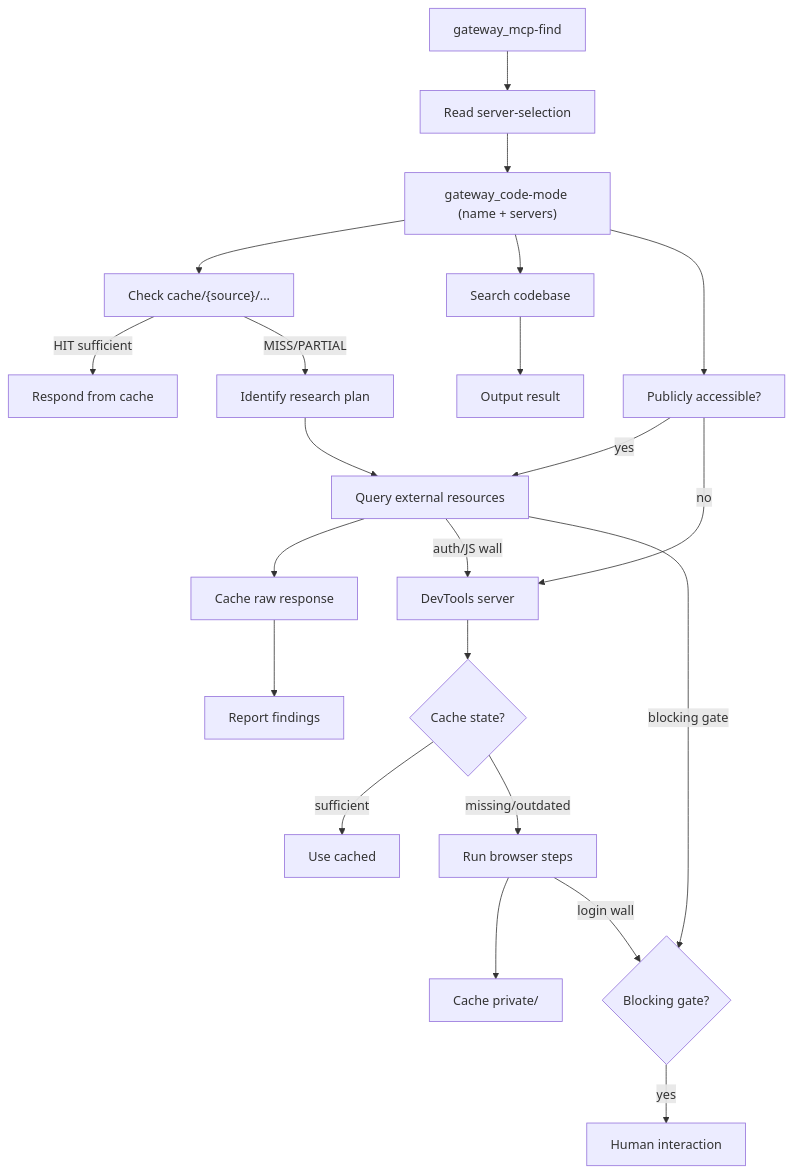
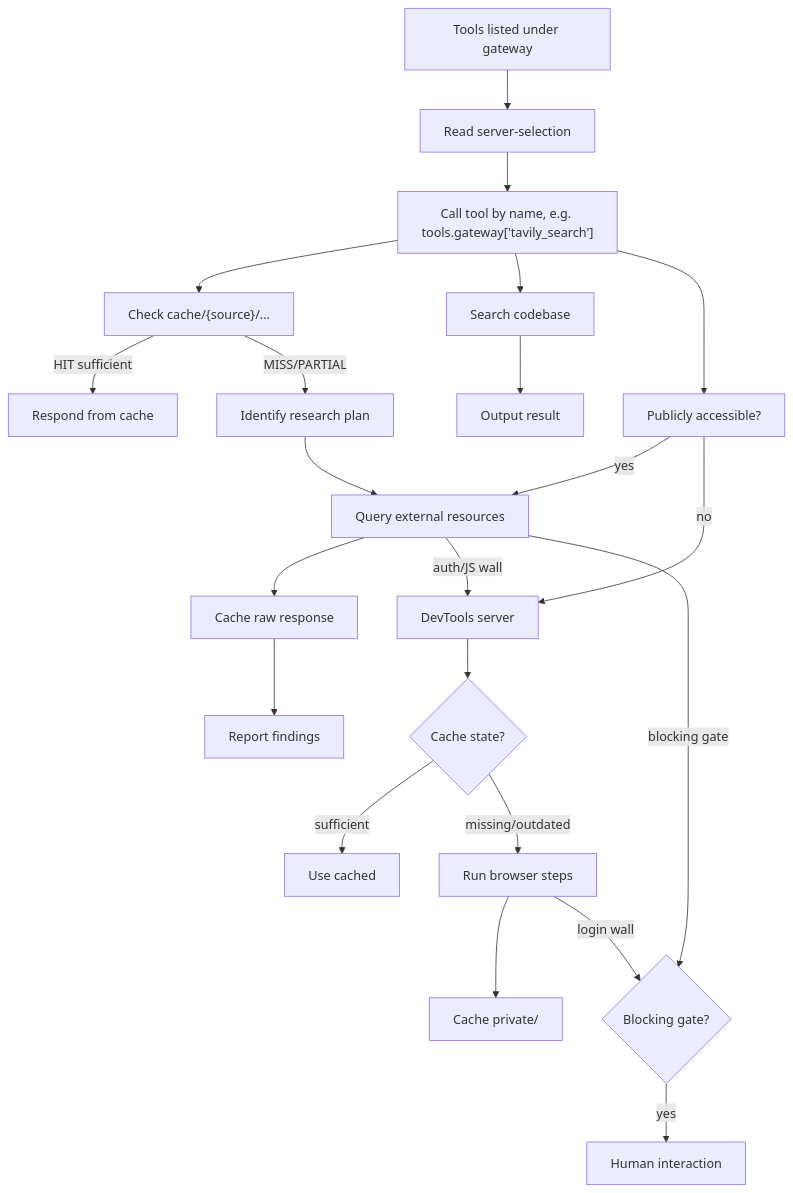
One commit to Th3Un1q3/edgent-smith changed the diagram in .agents/skills/context-gathering/SKILL.md. Above: the diagram before and after it, drawn with Mermaid. The commit also changed other lines of this file and 81 other files, not shown here.

First line of the commit message:
feat(opencode): implement findings persistence in research tasks, update AGENTS.md for skill count, and optimize MCP gateway tool access

````diff
--- a/.agents/skills/context-gathering/SKILL.md
+++ b/.agents/skills/context-gathering/SKILL.md
@@ -55,24 +55,24 @@
 ```mermaid
 flowchart TD
-    FindServers["gateway_mcp-find"] --> ReadSel["Read server-selection"]
-    ReadSel --> Activate["gateway_code-mode (name + servers)"]
+    FindServers["Tools listed under gateway"] --> ReadSel["Read server-selection"]
+    ReadSel --> Activate["Call tool by name, e.g. tools.gateway['tavily_search']"]
     Activate --> CheckCache["Check cache/{source}/..."]
     Activate --> SearchCode["Search codebase"]
     Activate --> CheckAccess["Publicly accessible?"]
     CheckCache -->|HIT sufficient| Respond["Respond from cache"]
     CheckCache -->|MISS/PARTIAL| Plan["Identify research plan"]
     Plan --> Query["Query external resources"]
     Query --> CacheWrite["Cache raw response"]
     CacheWrite --> Report["Report findings"]
     Query -->|auth/JS wall| DevTools["DevTools server"]
     SearchCode --> Output["Output result"]
     CheckAccess -->|yes| Query
     CheckAccess -->|no| DevTools
     DevTools --> CachedState{"Cache state?"}
     CachedState -->|sufficient| UseCached["Use cached"]
     CachedState -->|missing/outdated| RunBrowser["Run browser steps"]
     RunBrowser --> CachePrivate["Cache private/"]
     Query -->|blocking gate| Block{"Blocking gate?"}
     RunBrowser -->|login wall| Block
     Block -->|yes| Human["Human interaction"]
 ```
````
